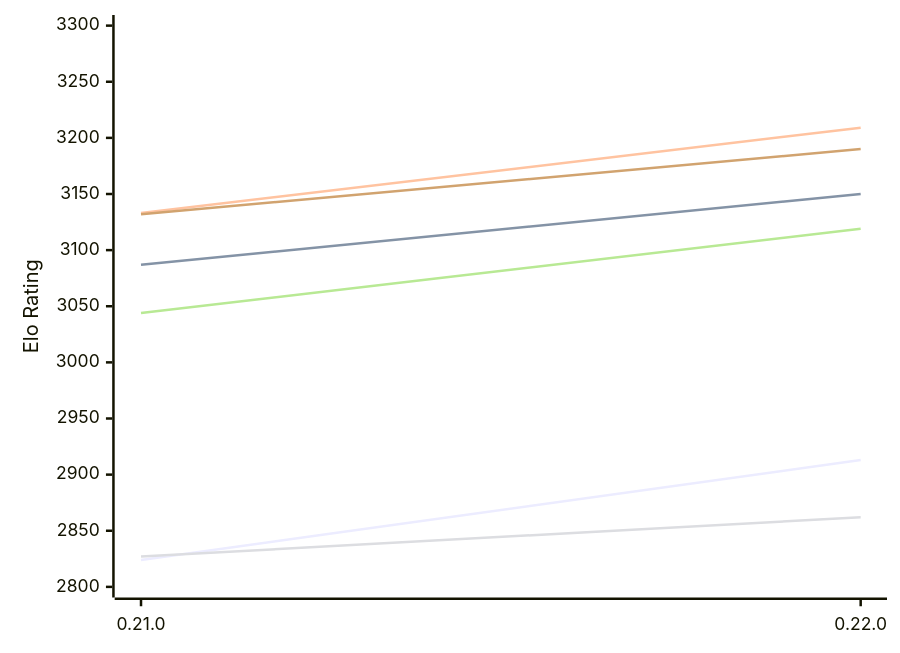
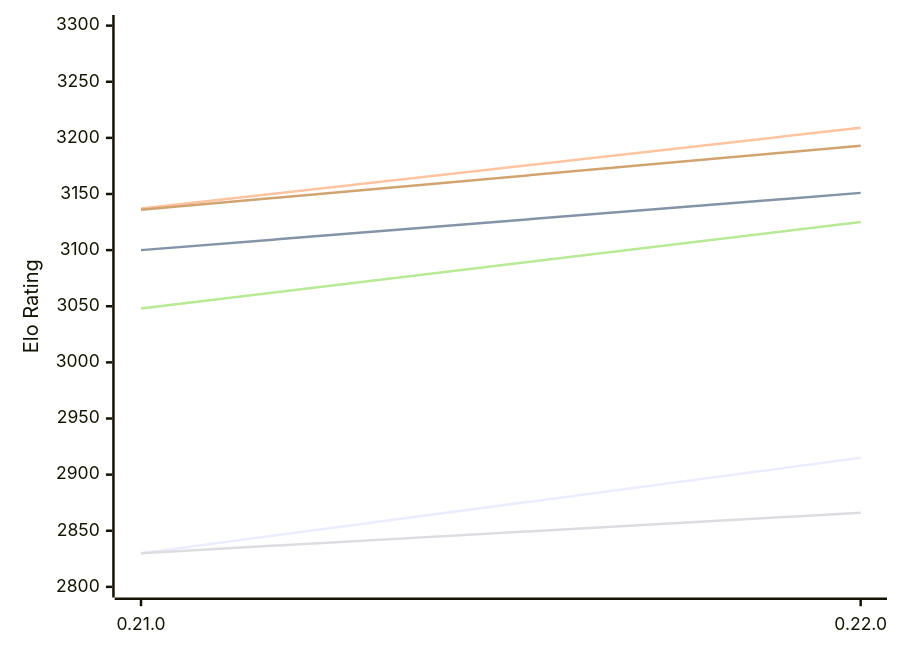
The first of 2 diagrams in engines/Princhess.md (computer-chess-index/cci), drawn with Mermaid before and after one commit. The commit also changed other lines of this file, not shown here.

Commit message:
Update CCI Ratings (ELO VLTC) - 2026-11-24

````diff
--- a/engines/Princhess.md
+++ b/engines/Princhess.md
@@ -50,12 +50,12 @@
 ```mermaid
 %%{init: {"theme":"base","themeVariables":{"seriesColors:['#a3a3a3','#222221','#faa371']}}}%%
 xychart-beta
   x-axis ["0.21.0", "0.22.0"]
   y-axis "Elo Rating" 2800 --> 3300
-  line "E1: STC (8.0+0.08s)" [2824, 2913]
-  line "E1: LTC (60.0+0.60s)" [3087, 3150]
-  line "E1: VLTC (2m24s+1.12s)" [3133, 3209]
-  line "P1: STC (8.0+0.08s)" [2827, 2862]
-  line "P1: LTC (60.0+0.60s)" [3044, 3119]
-  line "P1: VLTC (2m24s+1.12s)" [3132, 3190]
+  line "E1: STC (8.0+0.08s)" [2830, 2915]
+  line "E1: LTC (60.0+0.60s)" [3100, 3151]
+  line "E1: VLTC (2m24s+1.12s)" [3137, 3209]
+  line "P1: STC (8.0+0.08s)" [2830, 2866]
+  line "P1: LTC (60.0+0.60s)" [3048, 3125]
+  line "P1: VLTC (2m24s+1.12s)" [3136, 3193]
 ```
````
